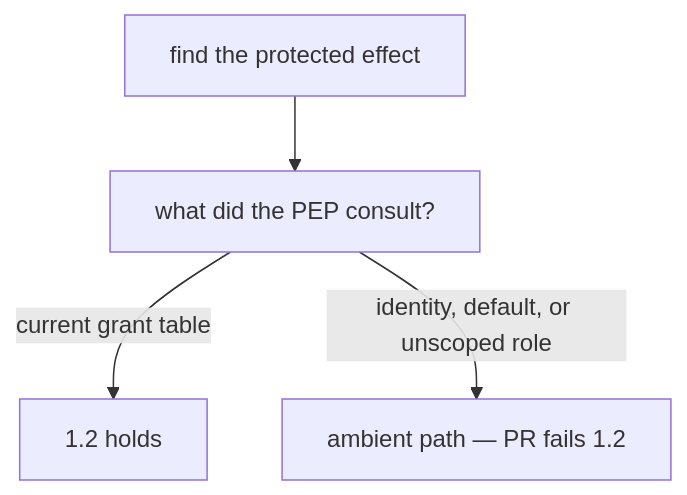
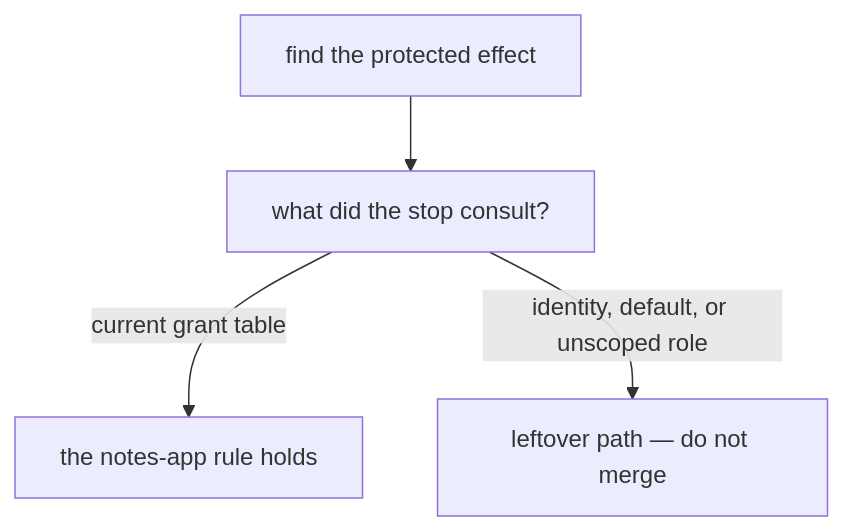
The diagram in content/modules/1/1.2/lessons/08-review.md (ishitvagoel/LearnSecurity), drawn with Mermaid before and after one commit. The commit also changed other lines of this file and 7 other files, not shown here.

````diff
--- a/content/modules/1/1.2/lessons/08-review.md
+++ b/content/modules/1/1.2/lessons/08-review.md
@@ -16,8 +18,8 @@
 ```mermaid
 flowchart TD
   mut["find the protected effect"]
-  q["what did the PEP consult?"]
+  q["what did the stop consult?"]
   mut --> q
-  q -->|"current grant table"| pass["1.2 holds"]
-  q -->|"identity, default, or unscoped role"| fail["ambient path — PR fails 1.2"]
+  q -->|"current grant table"| pass["the notes-app rule holds"]
+  q -->|"identity, default, or unscoped role"| fail["leftover path — do not merge"]
 ```
````
